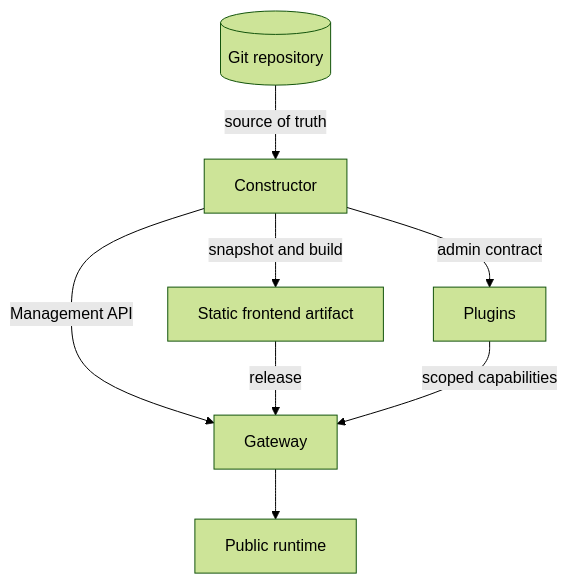
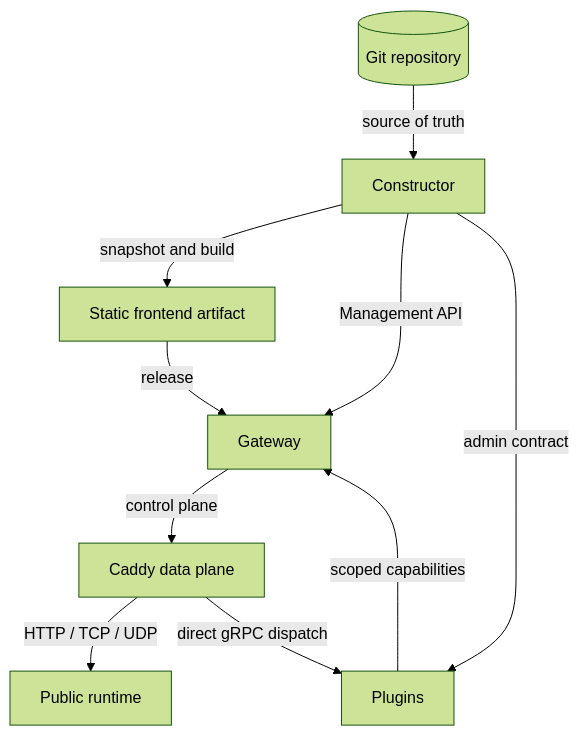
Before and after one commit to Liapoldus/liapoldus.github.io: the diagram in diagrams/ecosystem.mmd, drawn with Mermaid (forest theme). The commit also changed 6 other files, not shown here.

```diff
--- a/diagrams/ecosystem.mmd
+++ b/diagrams/ecosystem.mmd
@@ -1,8 +1,10 @@
 flowchart TD
   GIT[(Git repository)] -->|source of truth| C[Constructor]
   C -->|snapshot and build| A[Static frontend artifact]
   C -->|Management API| GW[Gateway]
   C -->|admin contract| P[Plugins]
   A -->|release| GW
   P -->|scoped capabilities| GW
-  GW --> R[Public runtime]
+  GW -->|control plane| CADDY[Caddy data plane]
+  CADDY -->|HTTP / TCP / UDP| R[Public runtime]
+  CADDY -->|direct gRPC dispatch| P
```
